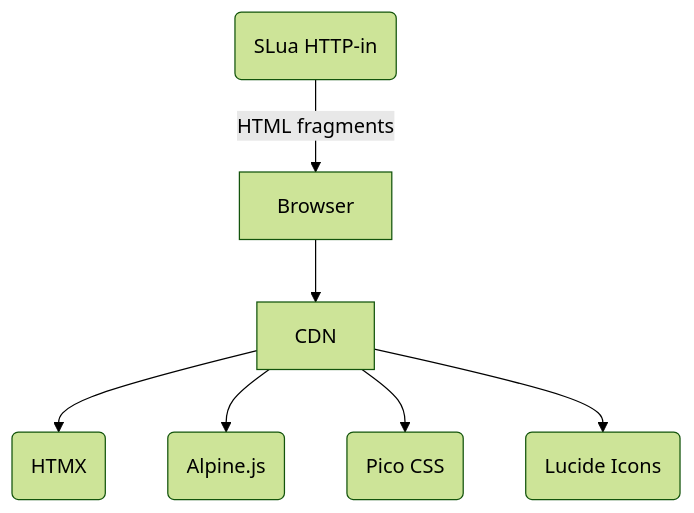
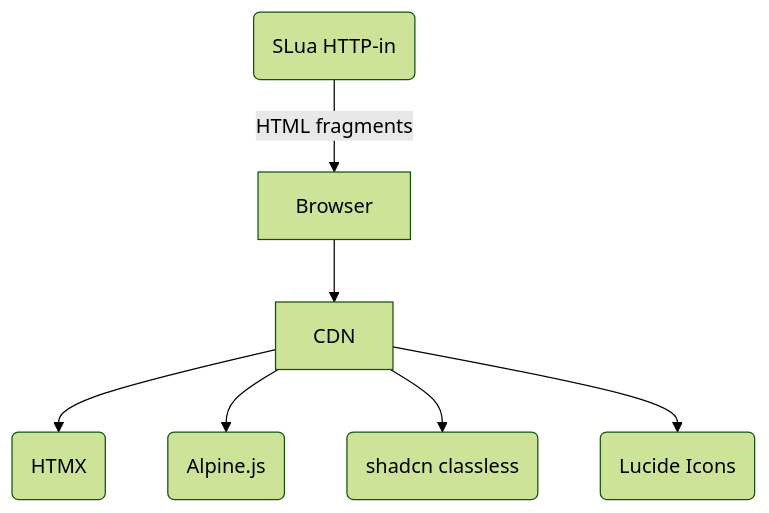
The third of 3 diagrams in README.md (gwigz/slua-derez-patcher), drawn with Mermaid (forest theme) before and after one commit. The commit also changed other lines of this file and 4 other files, not shown here.

````diff
--- a/README.md
+++ b/README.md
@@ -126,9 +213,9 @@
 ```mermaid
 graph TD
     SLua(SLua HTTP-in) -->|HTML fragments| Browser
     Browser --> CDN
     CDN --> HTMX(HTMX)
     CDN --> Alpine(Alpine.js)
-    CDN --> Pico(Pico CSS)
+    CDN --> shadcn(shadcn classless)
     CDN --> Lucide(Lucide Icons)
 ```
````
